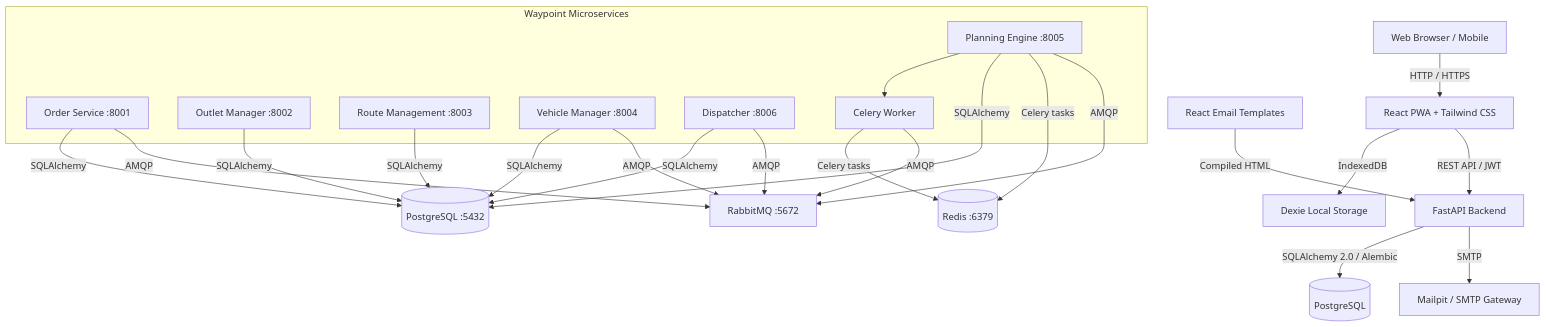
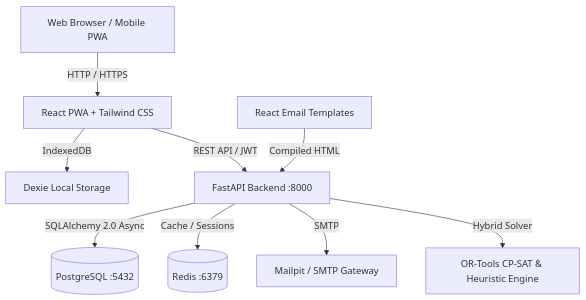
One commit to Curl-X-Tech/curlx_retrails changed the diagram in README.md. Above: the diagram before and after it, drawn with Mermaid. The commit also changed other lines of this file, not shown here.

Commit message:
docs: update README to reflect architecture transition from microservices to unified FastAPI backend

````diff
--- a/README.md
+++ b/README.md
@@ -50,23 +56,11 @@
 ```mermaid
 graph TD
-    Client[Web Browser / Mobile] -->|HTTP / HTTPS| Frontend[React PWA + Tailwind CSS]
+    Client[Web Browser / Mobile PWA] -->|HTTP / HTTPS| Frontend[React PWA + Tailwind CSS]
     Frontend -->|IndexedDB| Dexie[Dexie Local Storage]
-    Frontend -->|REST API / JWT| Backend[FastAPI Backend]
-    Backend -->|SQLAlchemy 2.0 / Alembic| DB[(PostgreSQL)]
+    Frontend -->|REST API / JWT| Backend[FastAPI Backend :8000]
+    Backend -->|SQLAlchemy 2.0 Async| DB[(PostgreSQL :5432)]
+    Backend -->|Cache / Sessions| Redis[(Redis :6379)]
     Backend -->|SMTP| Mailer[Mailpit / SMTP Gateway]
+    Backend -->|Hybrid Solver| ORTools[OR-Tools CP-SAT & Heuristic Engine]
     Emails[React Email Templates] -->|Compiled HTML| Backend
-
-    subgraph Waypoint Microservices
-        OrderSvc[Order Service :8001]
-        OutletSvc[Outlet Manager :8002]
-        RouteSvc[Route Management :8003]
-        VehicleSvc[Vehicle Manager :8004]
-        PlanningSvc[Planning Engine :8005]
-        DispatchSvc[Dispatcher :8006]
-        PlanningSvc --> CeleryWorker[Celery Worker]
-    end
-
-    OrderSvc & OutletSvc & RouteSvc & VehicleSvc & PlanningSvc & DispatchSvc -->|SQLAlchemy| PGDB[(PostgreSQL :5432)]
-    PlanningSvc & CeleryWorker -->|Celery tasks| Redis[(Redis :6379)]
-    OrderSvc & VehicleSvc & PlanningSvc & DispatchSvc & CeleryWorker -->|AMQP| RabbitMQ[RabbitMQ :5672]
 ```
````
